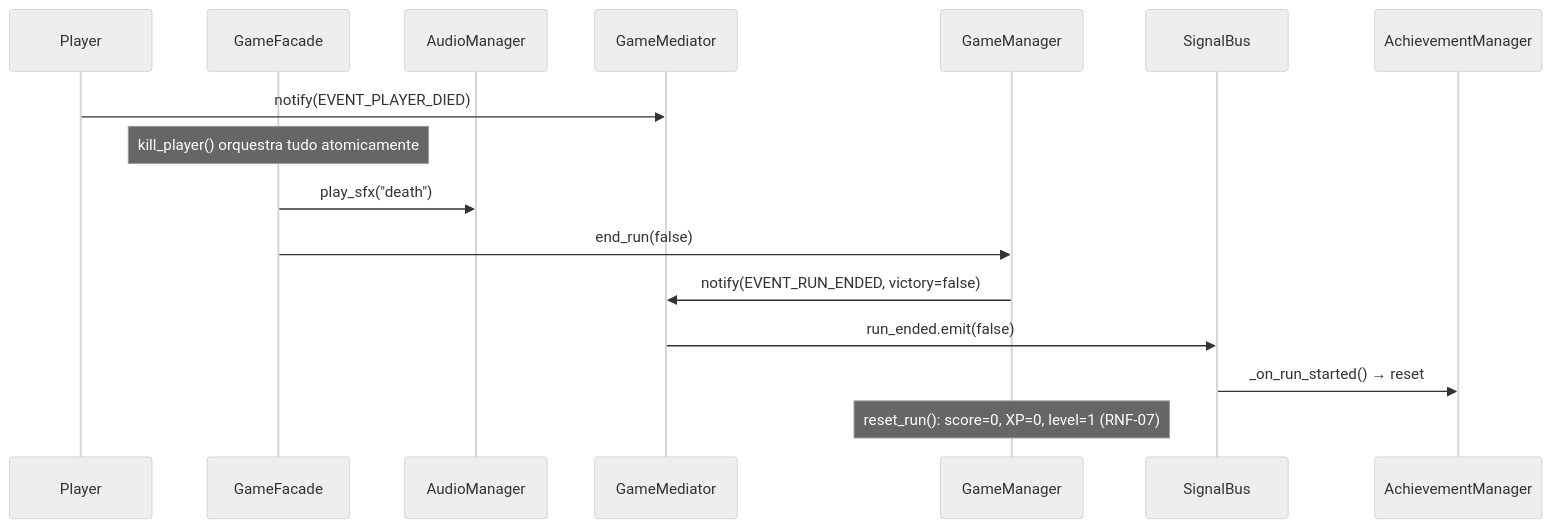
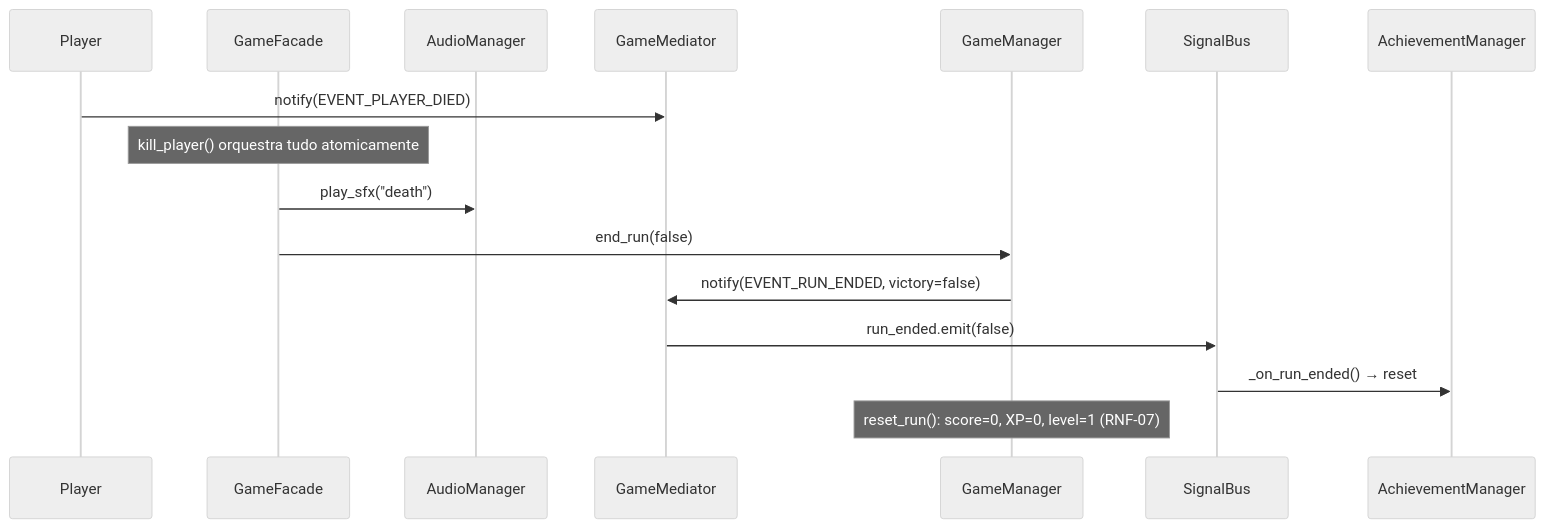
Diagram 14 of 18 in docs/ArquiteturaReutilizacao/4.1.DAS.md (UnBArqDsw2026-1-Turma02/2026.1-T02_G1_MadDev_Entrega_04), drawn with Mermaid (neutral theme) before and after one commit.

Commit message:
[DOC] Corrige handler na sequencia 6.5 do DAS (_on_run_started -> _on_run_ended)
Na Visao de Processos 6.5 (Morte e Permadeath), o AchievementManager
reagia a run_ended.emit chamando _on_run_started(); o correto e
_on_run_ended(). Erro semantico identificado ao validar o diagrama.

````diff
--- a/docs/ArquiteturaReutilizacao/4.1.DAS.md
+++ b/docs/ArquiteturaReutilizacao/4.1.DAS.md
@@ -783,19 +783,19 @@
 ```mermaid
 sequenceDiagram
     participant Player
     participant GameFacade
     participant AudioManager
     participant GameMediator
     participant GameManager
     participant SignalBus
     participant AchievementManager
 
     Player->>GameMediator: notify(EVENT_PLAYER_DIED)
     Note over GameFacade: kill_player() orquestra tudo atomicamente
     GameFacade->>AudioManager: play_sfx("death")
     GameFacade->>GameManager: end_run(false)
     GameManager->>GameMediator: notify(EVENT_RUN_ENDED, victory=false)
     GameMediator->>SignalBus: run_ended.emit(false)
-    SignalBus->>AchievementManager: _on_run_started() → reset
+    SignalBus->>AchievementManager: _on_run_ended() → reset
     Note over GameManager: reset_run(): score=0, XP=0, level=1 (RNF-07)
 ```
````
